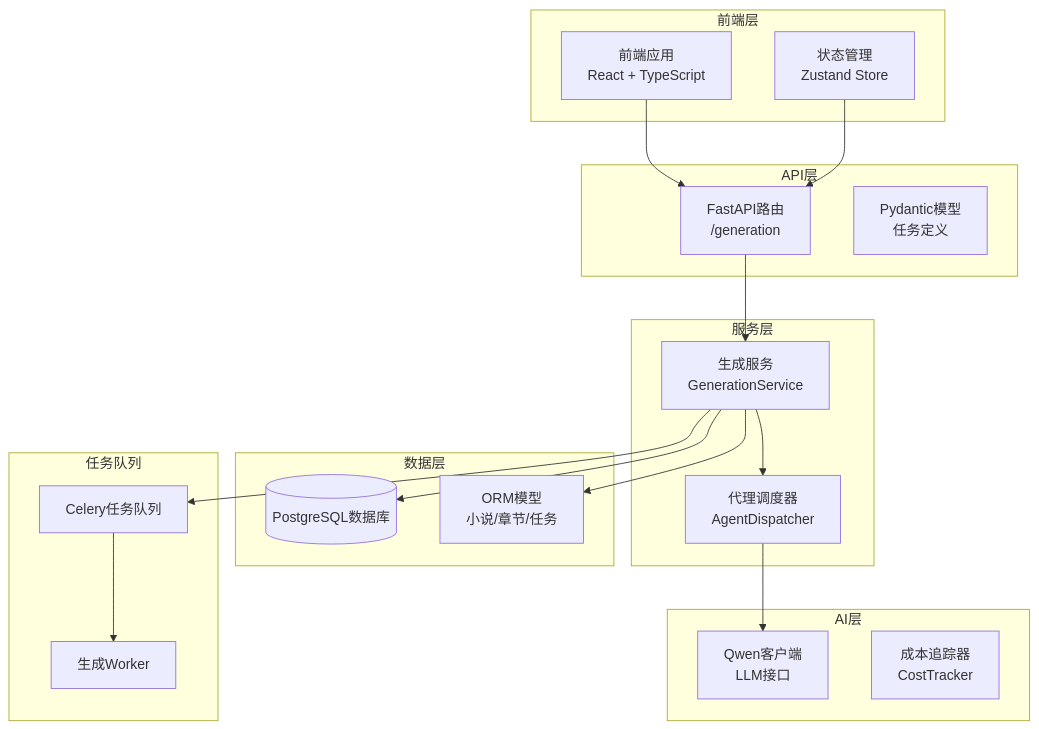
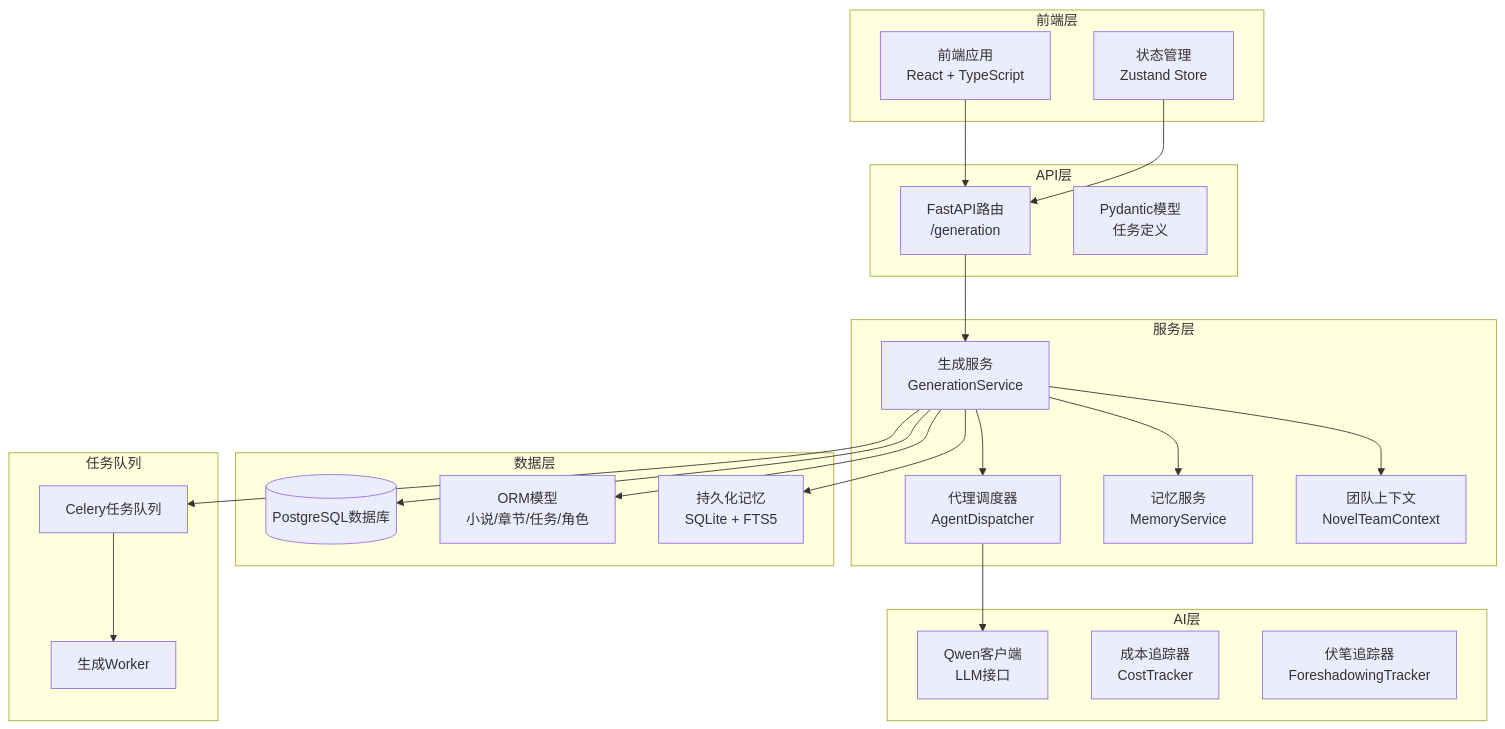
The first of 10 diagrams in .qoder/repowiki/zh/content/Generation Service.md (xfbyxq/ai-novel-system), drawn with Mermaid before and after one commit. The commit also changed other lines of this file and 10 other files, not shown here.

````diff
--- a/.qoder/repowiki/zh/content/Generation Service.md
+++ b/.qoder/repowiki/zh/content/Generation Service.md
@@ -42,36 +57,43 @@
 ```mermaid
 graph TB
 subgraph "前端层"
 FE[前端应用<br/>React + TypeScript]
 Store[状态管理<br/>Zustand Store]
 end
 subgraph "API层"
 API[FastAPI路由<br/>/generation]
 Schema[Pydantic模型<br/>任务定义]
 end
 subgraph "服务层"
 GS[生成服务<br/>GenerationService]
 AD[代理调度器<br/>AgentDispatcher]
+MS[记忆服务<br/>MemoryService]
+TC[团队上下文<br/>NovelTeamContext]
 end
 subgraph "AI层"
 QC[Qwen客户端<br/>LLM接口]
 CT[成本追踪器<br/>CostTracker]
+FT[伏笔追踪器<br/>ForeshadowingTracker]
 end
 subgraph "数据层"
 DB[(PostgreSQL数据库)]
-Model[ORM模型<br/>小说/章节/任务]
+Model[ORM模型<br/>小说/章节/任务/角色]
+PM[持久化记忆<br/>SQLite + FTS5]
 end
 subgraph "任务队列"
 Celery[Celery任务队列]
 Worker[生成Worker]
 end
 FE --> API
 Store --> API
 API --> GS
 GS --> AD
+GS --> MS
+GS --> TC
 AD --> QC
 GS --> DB
+GS --> PM
 GS --> Model
 GS --> Celery
 Celery --> Worker
 ```
````
